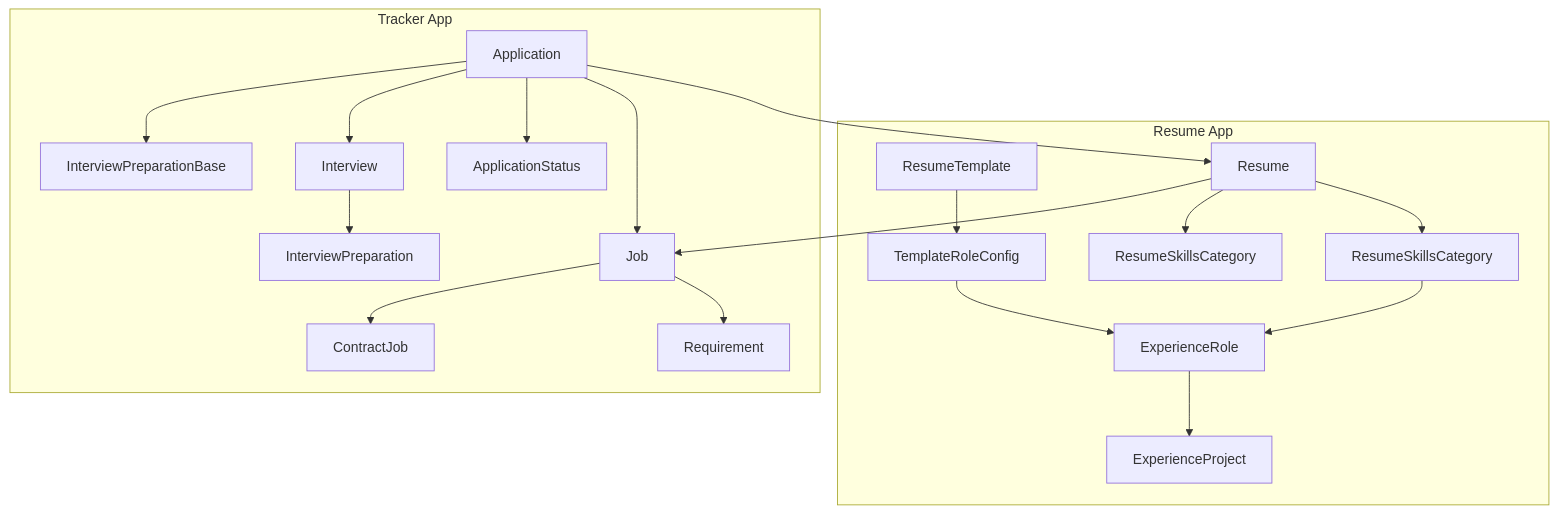
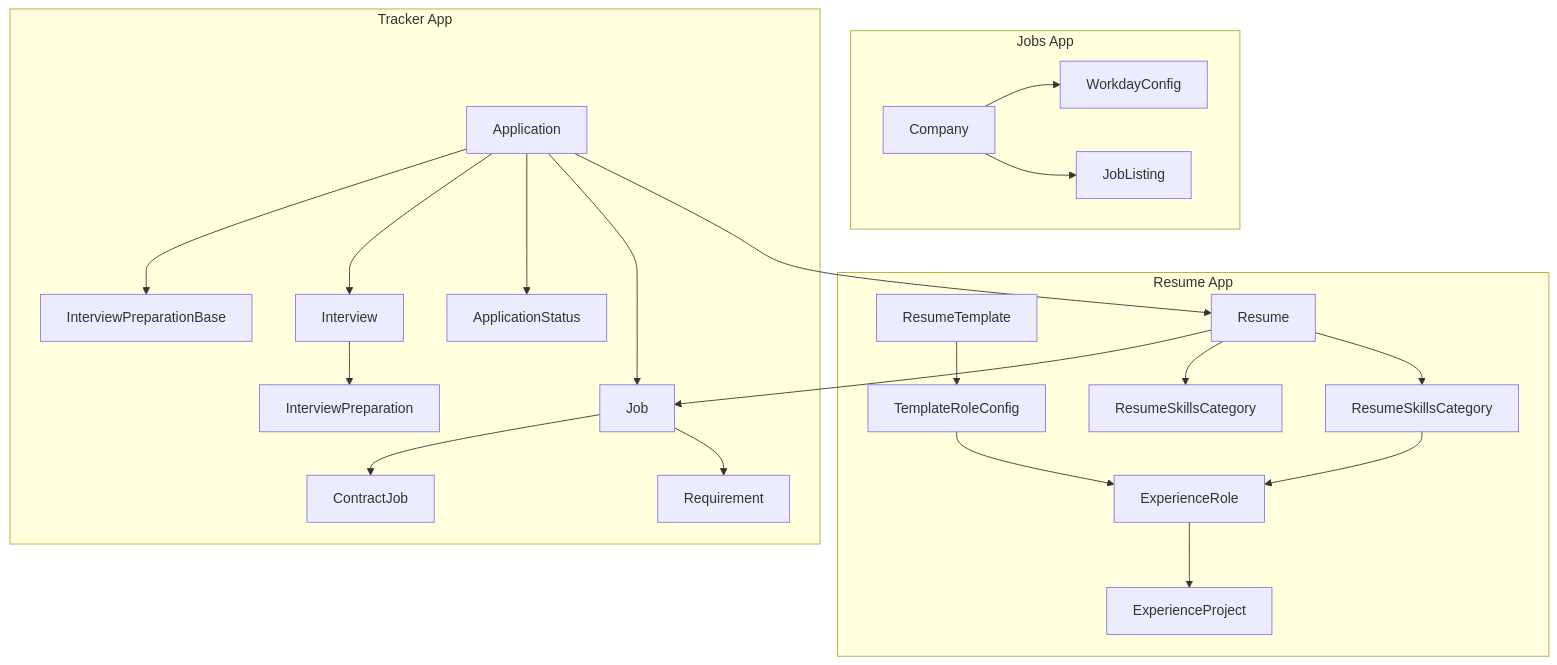
One commit to vhidrogo/job-search-automation changed the second of 3 diagrams in docs/system_design.md. Above: the diagram before and after it, drawn with Mermaid. The commit also changed other lines of this file, not shown here.

Commit message:
docs: update job discovery system design with new app

````diff
--- a/docs/system_design.md
+++ b/docs/system_design.md
@@ -400,42 +406,51 @@
 ```mermaid
 flowchart TD
+    subgraph Jobs App
+        Comp[Company]
+        WC[WorkdayConfig]
+        JL[JobListing]
+
+        Comp --> WC
+        Comp --> JL
+    end
+
     subgraph Resume App
         RT[ResumeTemplate]
         TRC[TemplateRoleConfig]
         R[Resume]
         REB[ResumeSkillsCategory]
         RSB[ResumeSkillsCategory]
         ER[ExperienceRole]
         EP[ExperienceProject]
 
         RT --> TRC
         TRC --> ER
         R --> REB
         R --> RSB
         REB --> ER
         ER --> EP
     end
 
     subgraph Tracker App
         J[Job]
         C[ContractJob]
         Req[Requirement]
         A[Application]
         AS[ApplicationStatus]
         I[Interview]
         IPB[InterviewPreparationBase]
         IP[InterviewPreparation]
 
         J --> Req
         J --> C
         A --> R
         A --> J
         A --> AS
         A --> I
         A --> IPB
         I --> IP
     end
 
     %% Cross-app references
     R --> J
 ```
````
